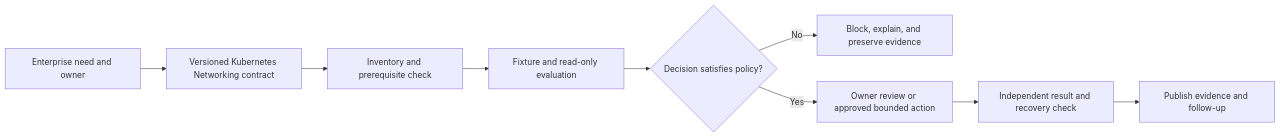
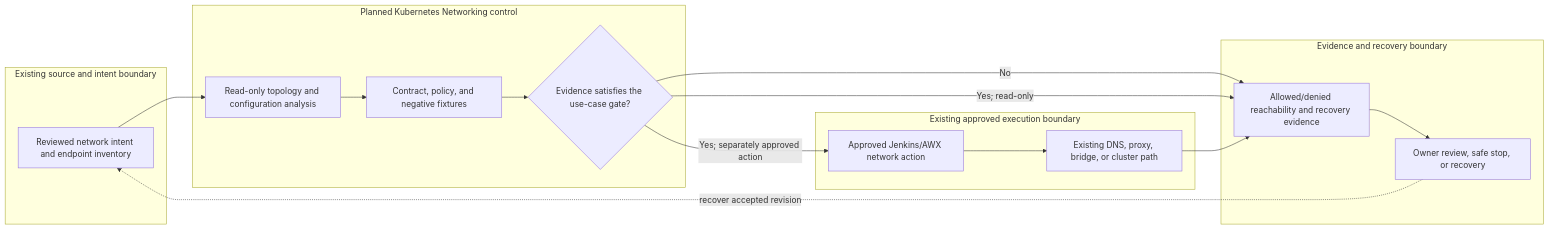
One commit to MIDHTECH/enterprise-architecture-docs changed the diagram in docs/use-cases/network/UC-NET-018-kubernetes-networking.md. Above: the diagram before and after it, drawn with Mermaid. The commit also changed other lines of this file and 227 other files, not shown here.

Commit message:
Deepen architecture for all use case designs

````diff
--- a/docs/use-cases/network/UC-NET-018-kubernetes-networking.md
+++ b/docs/use-cases/network/UC-NET-018-kubernetes-networking.md
@@ -136,11 +129,25 @@
 ```mermaid
 flowchart LR
-    Need["Enterprise need and owner"] --> Contract["Versioned Kubernetes Networking contract"]
-    Contract --> Preflight["Inventory and prerequisite check"]
-    Preflight --> Evaluate["Fixture and read-only evaluation"]
-    Evaluate --> Decision{"Decision satisfies policy?"}
-    Decision -->|No| Stop["Block, explain, and preserve evidence"]
-    Decision -->|Yes| Review["Owner review or approved bounded action"]
-    Review --> Verify["Independent result and recovery check"]
-    Verify --> Publish["Publish evidence and follow-up"]
+    subgraph Source["Existing source and intent boundary"]
+        A["Reviewed network intent and endpoint inventory"]
+    end
+    subgraph Planned["Planned Kubernetes Networking control"]
+        B["Read-only topology and configuration analysis"]
+        C["Contract, policy, and negative fixtures"]
+        D{"Evidence satisfies the use-case gate?"}
+    end
+    subgraph Runtime["Existing approved execution boundary"]
+        E["Approved Jenkins/AWX network action"]
+        F["Existing DNS, proxy, bridge, or cluster path"]
+    end
+    subgraph Assurance["Evidence and recovery boundary"]
+        G["Allowed/denied reachability and recovery evidence"]
+        H["Owner review, safe stop, or recovery"]
+    end
+
+    A --> B --> C --> D
+    D -->|No| G --> H
+    D -->|Yes; read-only| G
+    D -->|Yes; separately approved action| E --> F --> G
+    H -. recover accepted revision .-> A
 ```
````
